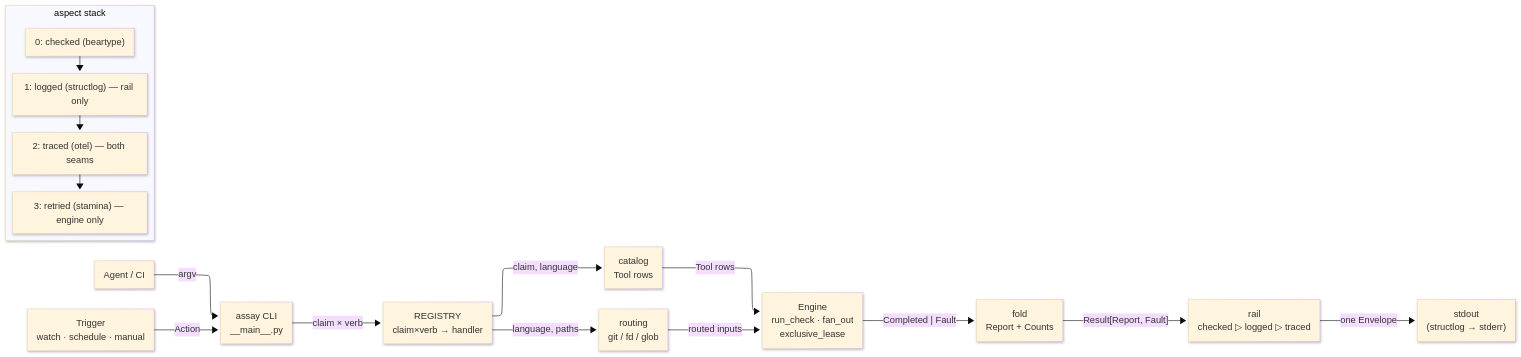
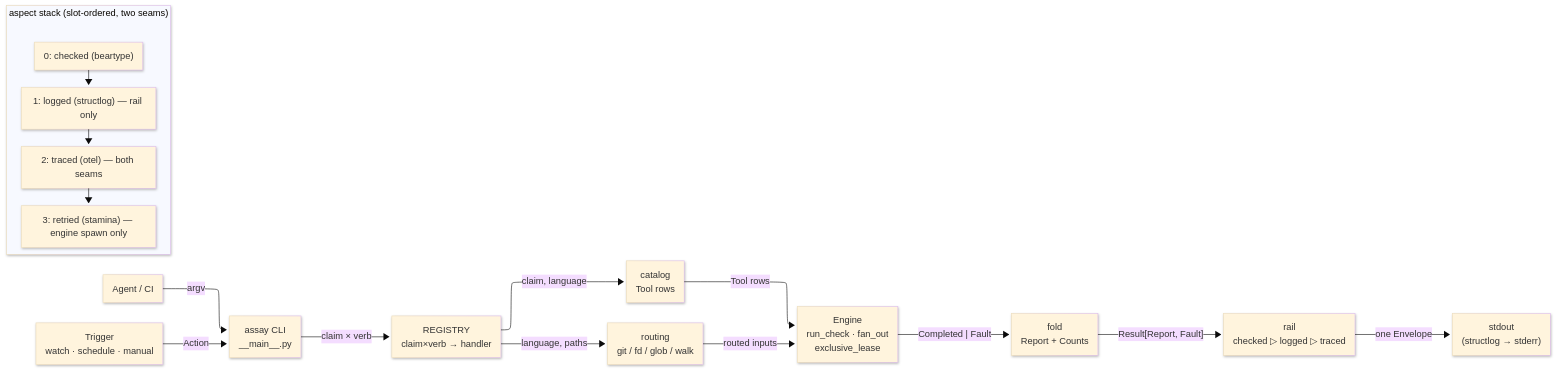
The diagram in tools/assay/README.md (bsamiee/Rasm), drawn with Mermaid before and after one commit. The commit also changed other lines of this file and 73 other files, not shown here.

````diff
--- a/tools/assay/README.md
+++ b/tools/assay/README.md
@@ -15,28 +16,28 @@
 ```mermaid
 ---
 config: { layout: elk, look: neo, theme: base }
 ---
 flowchart LR
   accTitle: Assay orchestration boundary
-  accDescr: CLI routes claim and verb to a rail handler; the engine fans out Tool rows into Completed outcomes; one Envelope is emitted to stdout.
+  accDescr: CLI routes claim and verb to a rail handler; the engine fans Tool rows into Completed outcomes; one Envelope is emitted to stdout.
 
   agent["Agent / CI"] -->|"argv"| cli["assay CLI\n__main__.py"]
   trig["Trigger\nwatch · schedule · manual"] -->|"Action"| cli
   cli -->|"claim × verb"| registry["REGISTRY\nclaim×verb → handler"]
   registry -->|"claim, language"| catalog["catalog\nTool rows"]
-  registry -->|"language, paths"| routing["routing\ngit / fd / glob"]
+  registry -->|"language, paths"| routing["routing\ngit / fd / glob / walk"]
   routing -->|"routed inputs"| engine["Engine\nrun_check · fan_out\nexclusive_lease"]
   catalog -->|"Tool rows"| engine
   engine -->|"Completed | Fault"| fold["fold\nReport + Counts"]
   fold -->|"Result[Report, Fault]"| rail["rail\nchecked ▷ logged ▷ traced"]
   rail -->|"one Envelope"| stdout["stdout\n(structlog → stderr)"]
 
-  subgraph aspects ["aspect stack"]
+  subgraph aspects ["aspect stack (slot-ordered, two seams)"]
     direction TB
     a0["0: checked (beartype)"]
     a1["1: logged (structlog) — rail only"]
     a2["2: traced (otel) — both seams"]
-    a3["3: retried (stamina) — engine only"]
+    a3["3: retried (stamina) — engine spawn only"]
     a0 --> a1 --> a2 --> a3
   end
 ```
````
